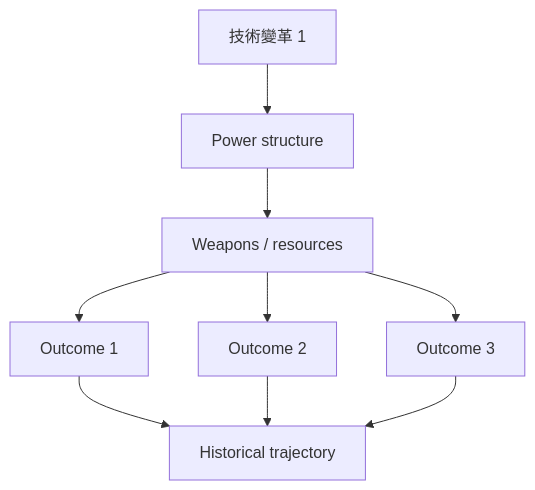
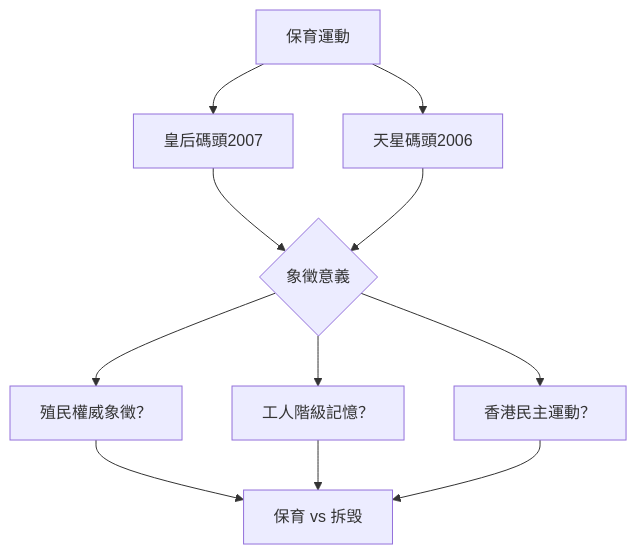
One commit to yip-lgtm/HKU-Harvard-History-Self-Study changed the fourth of 10 diagrams in 01_HKU_Courses/HIST4024_Writing_Hong_Kong_history.md. Above: the diagram before and after it, drawn with Mermaid. The commit also changed other lines of this file and 65 other files, not shown here.

````diff
--- a/01_HKU_Courses/HIST4024_Writing_Hong_Kong_history.md
+++ b/01_HKU_Courses/HIST4024_Writing_Hong_Kong_history.md
@@ -185,11 +245,13 @@
 ```mermaid
-graph TD
-    A[技術變革 1] --> B[Power structure]
-    B --> C[Weapons / resources]
-    C --> D[Outcome 1]
-    C --> E[Outcome 2]
-    C --> F[Outcome 3]
-    D --> G[Historical trajectory]
-    E --> G
-    F --> G
+flowchart TD
+    A[保育運動] --> B[皇后碼頭2007]
+    A --> C[天星碼頭2006]
+    B --> D{象徵意義}
+    C --> D
+    D --> E[殖民權威象徵？]
+    D --> F[工人階級記憶？]
+    D --> G[香港民主運動？]
+    E --> H[保育 vs 拆毁]
+    F --> H
+    G --> H
 ```
````
